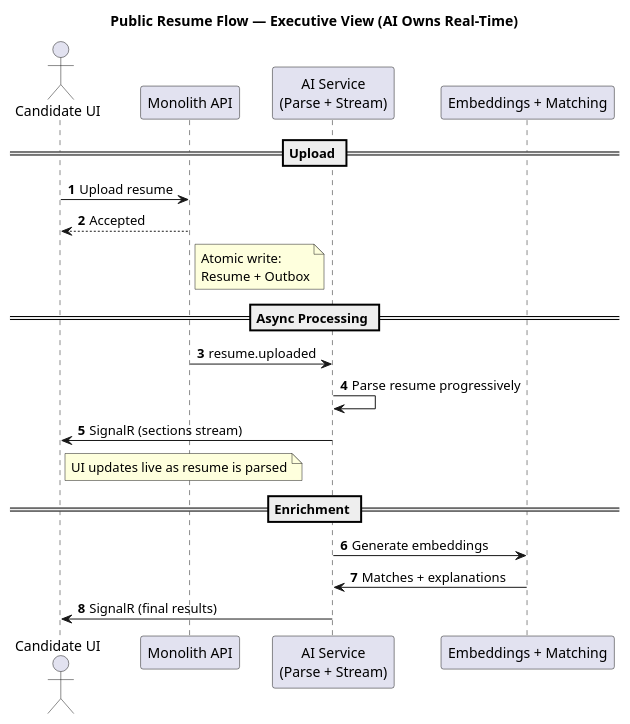
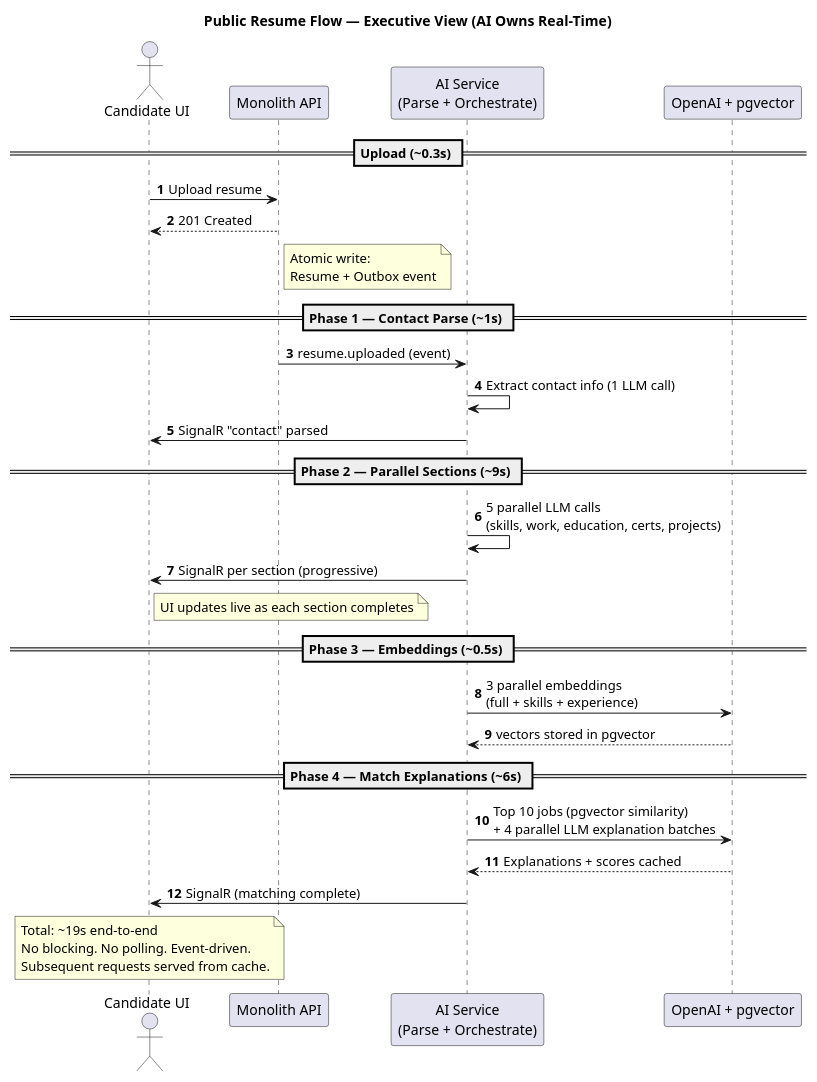
One commit to eelkhair/portfolio-project changed the diagram in docs/diagrams/resume parsing - summary.puml. Above: the diagram before and after it, drawn with PlantUML. The commit also changed 9 other files, not shown here.

```diff
--- a/docs/diagrams/resume parsing - summary.puml
+++ b/docs/diagrams/resume parsing - summary.puml
@@ -1,35 +1,48 @@
 @startuml
 title Public Resume Flow — Executive View (AI Owns Real-Time)
 autonumber
 
 actor "Candidate UI" as FE
 participant "Monolith API" as MON
-participant "AI Service\n(Parse + Stream)" as AI
-participant "Embeddings + Matching" as EMB
+participant "AI Service\n(Parse + Orchestrate)" as AI
+participant "OpenAI + pgvector" as EMB
 
-== Upload ==
+== Upload (~0.3s) ==
 FE -> MON: Upload resume
-MON --> FE: Accepted
+MON --> FE: 201 Created
 
 note right of MON
 Atomic write:
-Resume + Outbox
+Resume + Outbox event
 end note
 
-== Async Processing ==
-MON -> AI: resume.uploaded
+== Phase 1 — Contact Parse (~1s) ==
+MON -> AI: resume.uploaded (event)
+AI -> AI: Extract contact info (1 LLM call)
+AI -> FE: SignalR "contact" parsed
 
-AI -> AI: Parse resume progressively
-AI -> FE: SignalR (sections stream)
+== Phase 2 — Parallel Sections (~9s) ==
+AI -> AI: 5 parallel LLM calls\n(skills, work, education, certs, projects)
+AI -> FE: SignalR per section (progressive)
 
 note right of FE
-UI updates live as resume is parsed
+UI updates live as each section completes
 end note
 
-== Enrichment ==
-AI -> EMB: Generate embeddings
-EMB -> AI: Matches + explanations
+== Phase 3 — Embeddings (~0.5s) ==
+AI -> EMB: 3 parallel embeddings\n(full + skills + experience)
+EMB --> AI: vectors stored in pgvector
 
-AI -> FE: SignalR (final results)
+== Phase 4 — Match Explanations (~6s) ==
+AI -> EMB: Top 10 jobs (pgvector similarity)\n+ 4 parallel LLM explanation batches
+EMB --> AI: Explanations + scores cached
+
+AI -> FE: SignalR (matching complete)
+
+note over FE
+Total: ~19s end-to-end
+No blocking. No polling. Event-driven.
+Subsequent requests served from cache.
+end note
 
 @enduml
```
